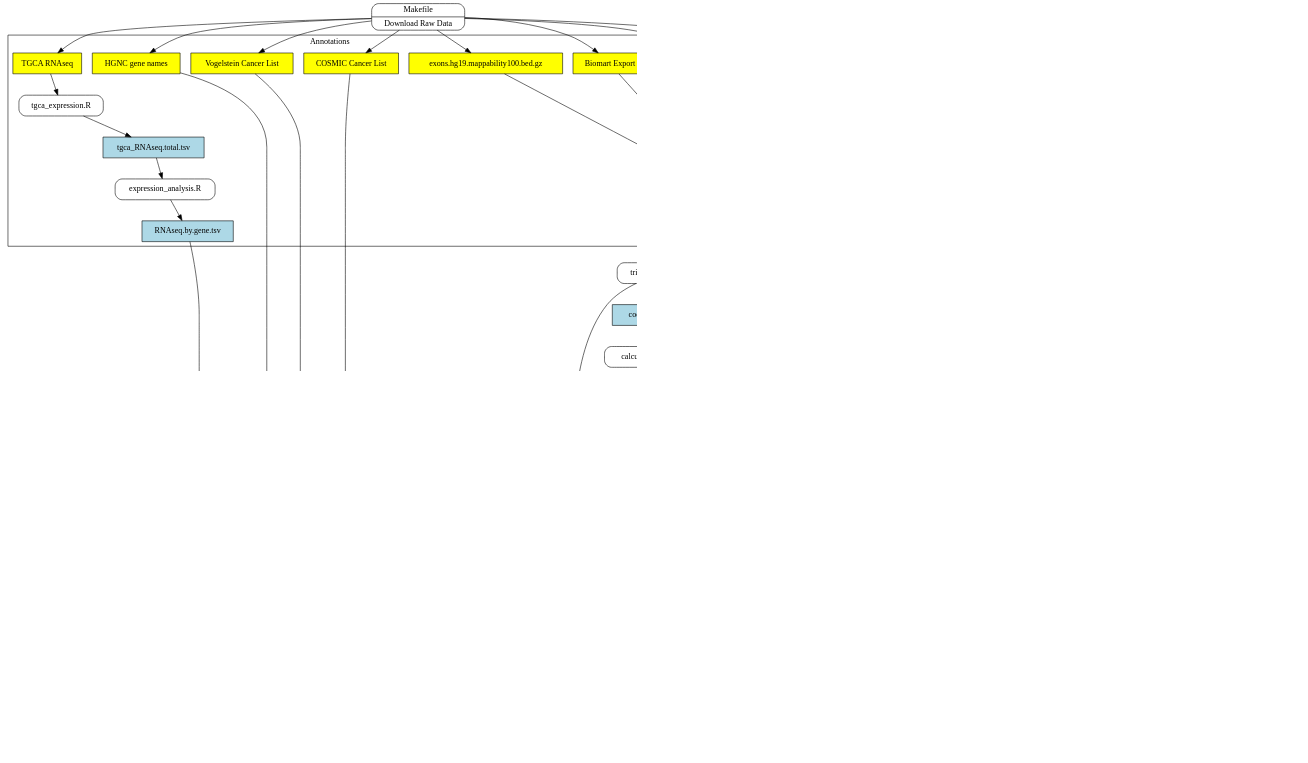
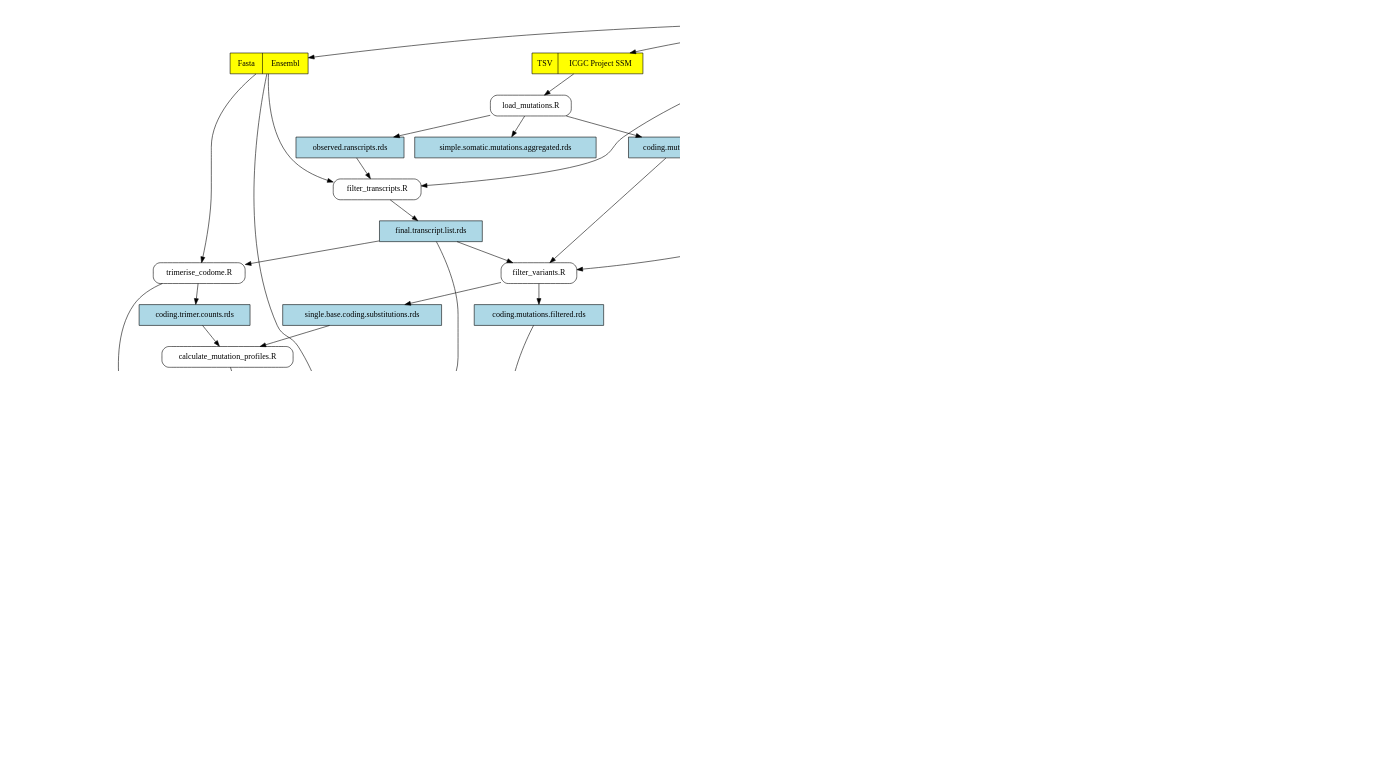
One commit to daniel-wells/somatic-selection changed the diagram in data_flow_diagram.gv. Above: the diagram before and after it, drawn with Graphviz. The commit also changed 3 other files, not shown here.

First line of the commit message:
update makefile and data flow diagram

```diff
--- a/data_flow_diagram.gv
+++ b/data_flow_diagram.gv
@@ -1,111 +1,116 @@
 # create on the command line by:
 # dot -Tpng data_flow_diagram.gv -o data_flow_diagram.png
 digraph dfd2{
 	graph [ dpi = 150 ]; 
         node[shape=record]
         subgraph level0{
         fasta [label="Fasta | Ensembl", style=filled, fillcolor=yellow];
         ICGCindiv [label="TSV | ICGC Project SSM", style=filled, fillcolor=yellow];
                         {rank=same; fasta,ICGCindiv}
 
         expected [label="expected_variants_per_transcript.tsv" shape=box, style=filled, fillcolor=lightblue];
         observed [label="coding.mutations.rds" shape=box, style=filled, fillcolor=lightblue];
+		filteredObserved [label="coding.mutations.filtered.rds" shape=box, style=filled, fillcolor=lightblue];
         dndsTranscript [label="dNdS_by_transcript.tsv" shape=box, style=filled, fillcolor=lightblue];
         dndsgene [label="dNdS_by_gene.tsv" shape=box, style=filled, fillcolor=green];
         graphs [label="Graphs.pdf" shape=box, style=filled, fillcolor=green];
         singleBaseCodingSubs [label="single.base.coding.substitutions.rds" shape=box, style=filled, fillcolor=lightblue];
         trimerCounts [label="coding.trimer.counts.rds" shape=box, style=filled, fillcolor=lightblue];
         motifProbs [label="motif.probabilities.rds" shape=box, style=filled, fillcolor=lightblue];
         aggMut [label="simple.somatic.mutations.aggregated.rds" shape=box, style=filled, fillcolor=lightblue];
 		observedTranscripts [label="observed.ranscripts.rds" shape=box, style=filled, fillcolor=lightblue];
 		transcriptList [label="final.transcript.list.rds" shape=box, style=filled, fillcolor=lightblue];
 		cosmic [label="cancer_gene_census.csv" shape=box, style=filled, fillcolor=yellow];
 		hgnc [label="HGNC.tsv" shape=box, style=filled, fillcolor=yellow];
 
 
         calcExpected [label="calculate_expected_variants.R}" shape=Mrecord];
         calcdnds [label="calculate_dNdS.R}" shape=Mrecord];
         analysednds [label="analyse_dNdS.R}" shape=Mrecord];
         MakeDownload [label="{Makefile|Download Raw Data}" shape=Mrecord];
 
 		trimerise [label="{trimerise_codome.R}" shape=Mrecord];
 		load [label="{load_mutations.R}" shape=Mrecord];
         calcProfile [label="{calculate_mutation_profiles.R}" shape=Mrecord];
 		filterTranscripts [label="{filter_transcripts.R}" shape=Mrecord];
+		filterVariants [label="{filter_variants.R}" shape=Mrecord];
         }
 		
 		subgraph cluster_level3{
 	                        label ="Randomisation Control" fontsize="25";
 				randomise [label="{randomise_genome.R}" shape=Mrecord];
 				codome [label="codome.rds" shape=box, style=filled, fillcolor=lightblue];
 				randomAggregated [label="random.aggregated.tsv" shape=box, style=filled, fillcolor=lightblue];
 				pvalues [label="p.values.tsv" shape=box, style=filled, fillcolor=lightblue];
 				randomisedRaw [label="randomised raw files (multiple)" shape=box, style=filled, fillcolor=lightblue];
 				mergeRandom [label="{Makefile|Aggregate files}" shape=Mrecord];
 				calculateP [label="{calculate_pvalues.R}" shape=Mrecord];
 	        }
 
        subgraph cluster_level1{
                 	label ="Annotations" rank="max";
-				mappability [label="exons.hg19.mappability100.bed.gz" shape=box, style=filled, fillcolor=yellow];
+				mappability [label="mappability_100bp_windows_exons.bed.gz" shape=box, style=filled, fillcolor=yellow];
         		biomart [label="Biomart Export" shape=box, style=filled, fillcolor=yellow];
 	        	vogelstein [label="Vogelstein Cancer List" shape=box, style=filled, fillcolor=yellow];
 	        	cosmic [label="COSMIC Cancer List" shape=box, style=filled, fillcolor=yellow];
 	        	hgnc [label="HGNC gene names" shape=box, style=filled, fillcolor=yellow];
 	        	rna [label="TGCA RNAseq" shape=box, style=filled, fillcolor=yellow];
 
 			rnaTotal [label="tgca_RNAseq.total.tsv" shape=box, style=filled, fillcolor=lightblue];
 			rnaGene [label="RNAseq.by.gene.tsv" shape=box, style=filled, fillcolor=lightblue];
 
 	        	expression [label="tgca_expression.R}" shape=Mrecord];
 	        	expressionAnalysis [label="expression_analysis.R}" shape=Mrecord];
 
                        # store1 [label="<f0>    |<f1> Data store one"];
                        # store2 [label="<f0>   |<f1> Data store two"];
                        # {rank=same; store1, store2}
 
         }
 
 	subgraph cluster_level2{
                         label ="Key" fontsize="25" rank="min";
         raw [label="Raw Data" shape=box, style=filled, fillcolor=yellow];
 		data [label="Intermediate Data" shape=box, style=filled, fillcolor=lightblue];
 	    results [label="Result" shape=box, style=filled, fillcolor=green];
 	    script [label="Script" shape=Mrecord];
         }
 
 	# Download Data
 	MakeDownload -> {fasta, ICGCindiv, biomart, vogelstein, rna, mappability, cosmic, hgnc}
 	
 	# Load mutations
-	ICGCindiv -> load -> {singleBaseCodingSubs,observed,aggMut,observedTranscripts}
+	ICGCindiv -> load -> {observed,aggMut,observedTranscripts}
 	
 	# Calculate substitution 'matrix'
 	{singleBaseCodingSubs,trimerCounts} -> calcProfile -> motifProbs
 	
 	# Calculate expected ratio of N:S
 	{fasta,motifProbs,transcriptList} -> calcExpected -> expected
 	
-	{expected,observed} -> calcdnds -> dndsTranscript -> analysednds -> {graphs dndsgene}
+	{expected,filteredObserved} -> calcdnds -> dndsTranscript -> analysednds -> {graphs dndsgene}
 	
 	# Ensembl Fasta
 	{fasta,transcriptList} -> trimerise -> {codome,trimerCounts}
 	
-	# Filter
-	{fasta,observedTranscripts,mappability,biomart} -> filterTranscripts -> transcriptList
+	# Filter transcripts
+	{fasta,observedTranscripts,biomart} -> filterTranscripts -> transcriptList
+	
+	# Filter variants
+	{mappability,transcriptList,observed} -> filterVariants -> {singleBaseCodingSubs,filteredObserved}
 	
 	# Create random genomes and calculate Pvalues
 	{codome,motifProbs} -> randomise -> randomisedRaw -> mergeRandom -> randomAggregated -> calculateP -> pvalues -> analysednds
 		dndsTranscript -> calculateP
 
 	# RNA Expression
 	rna -> expression -> rnaTotal -> expressionAnalysis -> rnaGene
 
 	# Add annotations
 	{vogelstein,cosmic,hgnc,rnaGene} -> analysednds
 
 	# Key
 #	raw -> script -> data -> results [style=invis]
 	 calcdnds -> script  [style=invis, minlen=2]
 
 }
```
